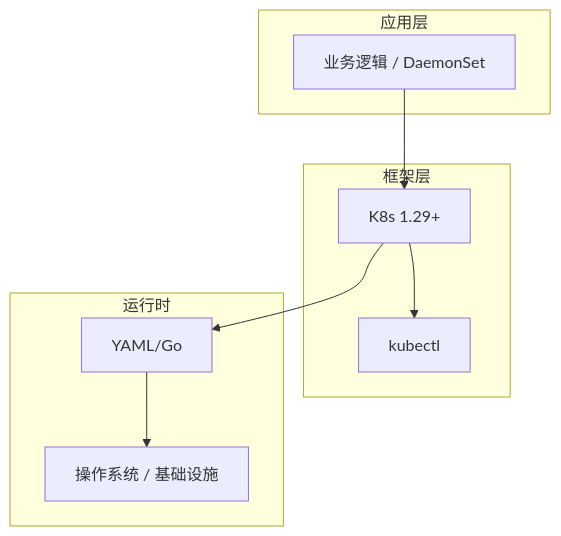
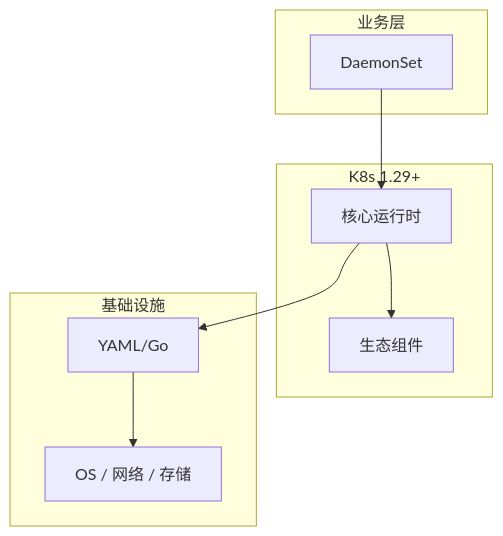
One commit to yanggan2015/knowledge-json-v2 changed the diagram in articles/Kubernetes/chapters/089-DaemonSet核心概念与原理.md. Above: the diagram before and after it, drawn with Mermaid. The commit also changed other lines of this file and 10127 other files, not shown here.

````diff
--- a/articles/Kubernetes/chapters/089-DaemonSet核心概念与原理.md
+++ b/articles/Kubernetes/chapters/089-DaemonSet核心概念与原理.md
@@ -45,18 +34,18 @@
 ```mermaid
 graph TB
-    subgraph 应用层
-        A[业务逻辑 / DaemonSet]
+    subgraph 业务层
+        A[DaemonSet]
     end
-    subgraph 框架层
-        B[K8s 1.29+]
-        C[kubectl]
+    subgraph K8s 1.29+
+        B[核心运行时]
+        C[生态组件]
     end
-    subgraph 运行时
+    subgraph 基础设施
         D[YAML/Go]
-        E[操作系统 / 基础设施]
+        E[OS / 网络 / 存储]
     end
     A --> B
     B --> C
     B --> D
     D --> E
 ```
````
